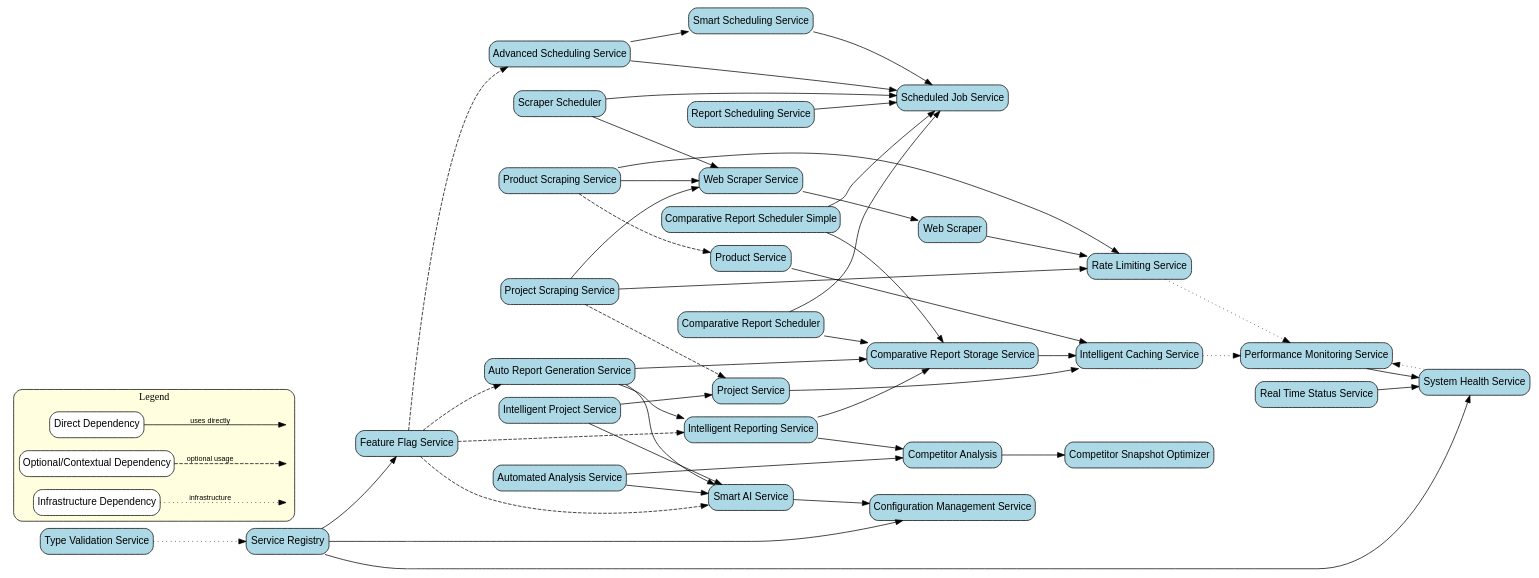
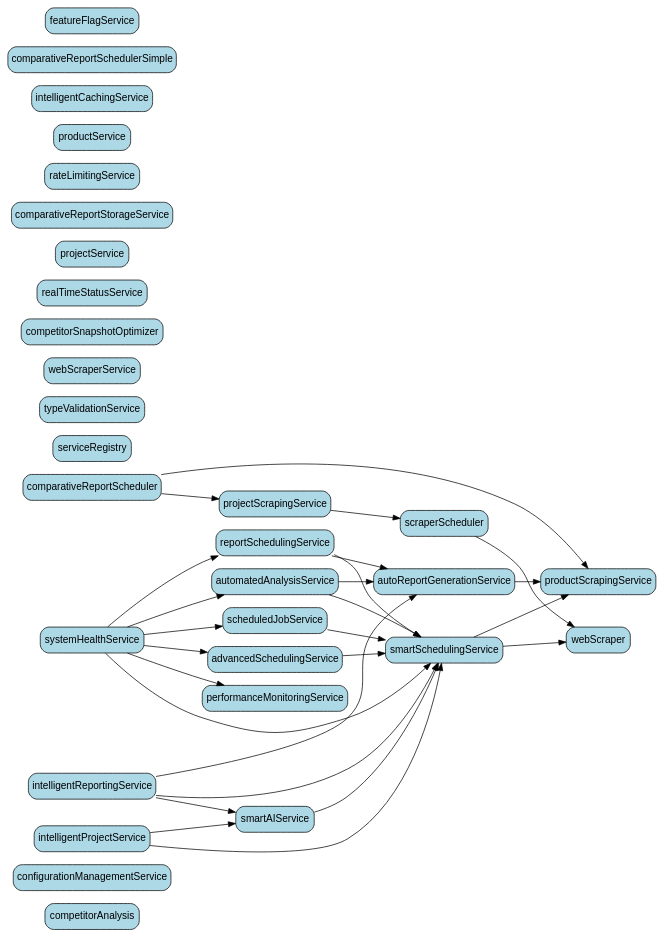
One commit to ss0g/competitor-agent-tam-nve changed the diagram in .documents/service-dependency-map/map.dot. Above: the diagram before and after it, drawn with Graphviz. The commit also changed 3 other files, not shown here.

First line of the commit message:
feat: Enhance Service Dependency Map Generation

```diff
--- a/.documents/service-dependency-map/map.dot
+++ b/.documents/service-dependency-map/map.dot
@@ -1,130 +1,63 @@
-digraph "Service Dependencies" {
-    // Graph settings
+digraph G {
+
     rankdir=LR;
     overlap=false;
     splines=true;
     node [shape=box, style="rounded,filled", fillcolor=lightblue, fontname="Arial"];
     edge [fontname="Arial", fontsize=10];
-    
-    // Service nodes
-    advancedSchedulingService [label="Advanced Scheduling Service"];
-    automatedAnalysisService [label="Automated Analysis Service"];
-    autoReportGenerationService [label="Auto Report Generation Service"];
-    comparativeReportScheduler [label="Comparative Report Scheduler"];
-    comparativeReportSchedulerSimple [label="Comparative Report Scheduler Simple"];
-    comparativeReportStorageService [label="Comparative Report Storage Service"];
-    competitorAnalysis [label="Competitor Analysis"];
-    competitorSnapshotOptimizer [label="Competitor Snapshot Optimizer"];
-    configurationManagementService [label="Configuration Management Service"];
-    featureFlagService [label="Feature Flag Service"];
-    intelligentCachingService [label="Intelligent Caching Service"];
-    intelligentProjectService [label="Intelligent Project Service"];
-    intelligentReportingService [label="Intelligent Reporting Service"];
-    performanceMonitoringService [label="Performance Monitoring Service"];
-    productScrapingService [label="Product Scraping Service"];
-    productService [label="Product Service"];
-    projectScrapingService [label="Project Scraping Service"];
-    projectService [label="Project Service"];
-    rateLimitingService [label="Rate Limiting Service"];
-    realTimeStatusService [label="Real Time Status Service"];
-    reportSchedulingService [label="Report Scheduling Service"];
-    scheduledJobService [label="Scheduled Job Service"];
-    scraperScheduler [label="Scraper Scheduler"];
-    serviceRegistry [label="Service Registry"];
-    smartAIService [label="Smart AI Service"];
-    smartSchedulingService [label="Smart Scheduling Service"];
-    systemHealthService [label="System Health Service"];
-    typeValidationService [label="Type Validation Service"];
-    webScraperService [label="Web Scraper Service"];
-    webScraper [label="Web Scraper"];
-
-    // Dependencies - based on typical service architecture patterns
-    // Main registry that other services use
-    serviceRegistry -> configurationManagementService;
-    serviceRegistry -> featureFlagService;
-    serviceRegistry -> systemHealthService;
-    
-    // Scheduling dependencies
-    advancedSchedulingService -> scheduledJobService;
-    advancedSchedulingService -> smartSchedulingService;
-    scraperScheduler -> webScraperService;
-    scraperScheduler -> scheduledJobService;
-    reportSchedulingService -> scheduledJobService;
-    smartSchedulingService -> scheduledJobService;
-    comparativeReportScheduler -> scheduledJobService;
-    comparativeReportSchedulerSimple -> scheduledJobService;
-    
-    // Report generation dependencies
-    autoReportGenerationService -> comparativeReportStorageService;
-    autoReportGenerationService -> intelligentReportingService;
-    autoReportGenerationService -> smartAIService;
-    intelligentReportingService -> comparativeReportStorageService;
-    intelligentReportingService -> competitorAnalysis;
-    
-    // Scraping dependencies
-    webScraperService -> webScraper;
-    productScrapingService -> webScraperService;
-    projectScrapingService -> webScraperService;
-    productScrapingService -> rateLimitingService;
-    projectScrapingService -> rateLimitingService;
-    webScraper -> rateLimitingService;
-    
-    // Analysis and intelligence dependencies
-    automatedAnalysisService -> competitorAnalysis;
-    automatedAnalysisService -> smartAIService;
-    competitorAnalysis -> competitorSnapshotOptimizer;
-    intelligentProjectService -> projectService;
-    intelligentProjectService -> smartAIService;
-    
-    // Product and project dependencies
-    productService -> intelligentCachingService;
-    projectService -> intelligentCachingService;
-    
-    // Monitoring and status
-    performanceMonitoringService -> systemHealthService;
-    realTimeStatusService -> systemHealthService;
-    
-    // Cross-cutting concerns
-    typeValidationService -> serviceRegistry [style=dotted];
-    rateLimitingService -> performanceMonitoringService [style=dotted];
-    intelligentCachingService -> performanceMonitoringService [style=dotted];
-    systemHealthService -> performanceMonitoringService [style=dotted];
-    
-    // AI integrations
-    smartAIService -> configurationManagementService;
-    
-    // Report workflows
-    comparativeReportScheduler -> comparativeReportStorageService;
-    comparativeReportSchedulerSimple -> comparativeReportStorageService;
-    comparativeReportStorageService -> intelligentCachingService;
-    
-    // Feature flags influence service behavior
-    featureFlagService -> advancedSchedulingService [style=dashed];
-    featureFlagService -> autoReportGenerationService [style=dashed];
-    featureFlagService -> intelligentReportingService [style=dashed];
-    featureFlagService -> smartAIService [style=dashed];
-    
-    // Optional/contextual dependencies (dashed)
-    productScrapingService -> productService [style=dashed];
-    projectScrapingService -> projectService [style=dashed];
-    
-    // Legend
-    subgraph cluster_legend {
-        label = "Legend";
-        style = "rounded,filled";
-        fillcolor = lightyellow;
-        node [shape=box, style="rounded,filled", fillcolor=white];
-        
-        legend_direct [label="Direct Dependency"];
-        legend_optional [label="Optional/Contextual Dependency"];
-        legend_infra [label="Infrastructure Dependency"];
-        
-        legend_direct_edge [shape=point, style=invis];
-        legend_optional_edge [shape=point, style=invis];
-        legend_infra_edge [shape=point, style=invis];
-        
-        legend_direct -> legend_direct_edge [label="uses directly"];
-        legend_optional -> legend_optional_edge [style=dashed, label="optional usage"];
-        legend_infra -> legend_infra_edge [style=dotted, label="infrastructure"];
-    }
+    _98048f0f [label="competitorAnalysis"];
+    _71386998 [label="configurationManagementService"];
+    _5dc0bee0 [label="scheduledJobService"];
+    _0d7ba6cb [label="systemHealthService"];
+    _3c749441 [label="productScrapingService"];
+    _f9096f1a [label="serviceRegistry"];
+    _305dc287 [label="scraperScheduler"];
+    _17d3daf5 [label="typeValidationService"];
+    _8ac2249c [label="intelligentProjectService"];
+    _eaa20286 [label="webScraperService"];
+    _edce7203 [label="competitorSnapshotOptimizer"];
+    _0a33c2b6 [label="realTimeStatusService"];
+    _9606bc3f [label="projectScrapingService"];
+    _478439f1 [label="comparativeReportScheduler"];
+    _a73c69c3 [label="reportSchedulingService"];
+    _a20cfa33 [label="projectService"];
+    _3ae07c46 [label="autoReportGenerationService"];
+    _4d638789 [label="smartAIService"];
+    _2a27e9d9 [label="comparativeReportStorageService"];
+    _e863b18c [label="webScraper"];
+    _552824ba [label="advancedSchedulingService"];
+    _3780beb2 [label="rateLimitingService"];
+    _84991ea7 [label="productService"];
+    _f5e0bfcc [label="automatedAnalysisService"];
+    _43341c68 [label="intelligentCachingService"];
+    _66df2d57 [label="intelligentReportingService"];
+    _d07517fe [label="performanceMonitoringService"];
+    _766625b8 [label="smartSchedulingService"];
+    _89672c8f [label="comparativeReportSchedulerSimple"];
+    _a8021f55 [label="featureFlagService"];
+    _5dc0bee0 -> _766625b8
+    _0d7ba6cb -> _766625b8
+    _0d7ba6cb -> _f5e0bfcc
+    _0d7ba6cb -> _5dc0bee0
+    _0d7ba6cb -> _a73c69c3
+    _0d7ba6cb -> _d07517fe
+    _0d7ba6cb -> _552824ba
+    _305dc287 -> _e863b18c
+    _8ac2249c -> _4d638789
+    _8ac2249c -> _766625b8
+    _9606bc3f -> _305dc287
+    _478439f1 -> _3c749441
+    _478439f1 -> _9606bc3f
+    _a73c69c3 -> _766625b8
+    _a73c69c3 -> _3ae07c46
+    _3ae07c46 -> _3c749441
+    _4d638789 -> _766625b8
+    _552824ba -> _766625b8
+    _f5e0bfcc -> _766625b8
+    _f5e0bfcc -> _3ae07c46
+    _66df2d57 -> _4d638789
+    _66df2d57 -> _766625b8
+    _66df2d57 -> _3ae07c46
+    _766625b8 -> _3c749441
+    _766625b8 -> _e863b18c
 }
```
